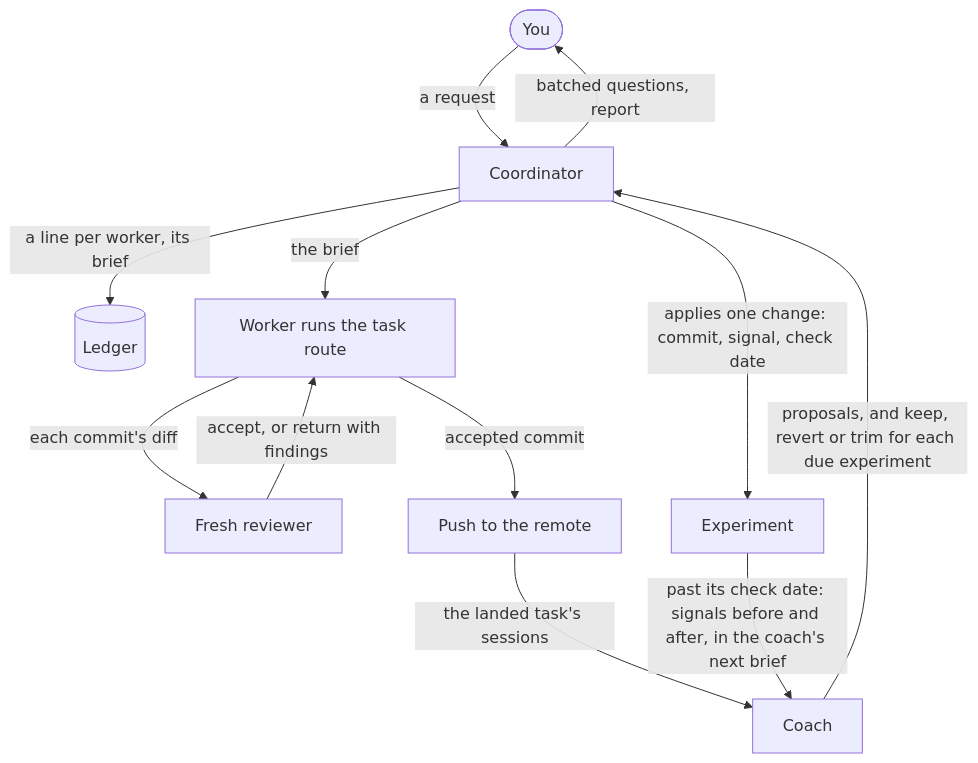
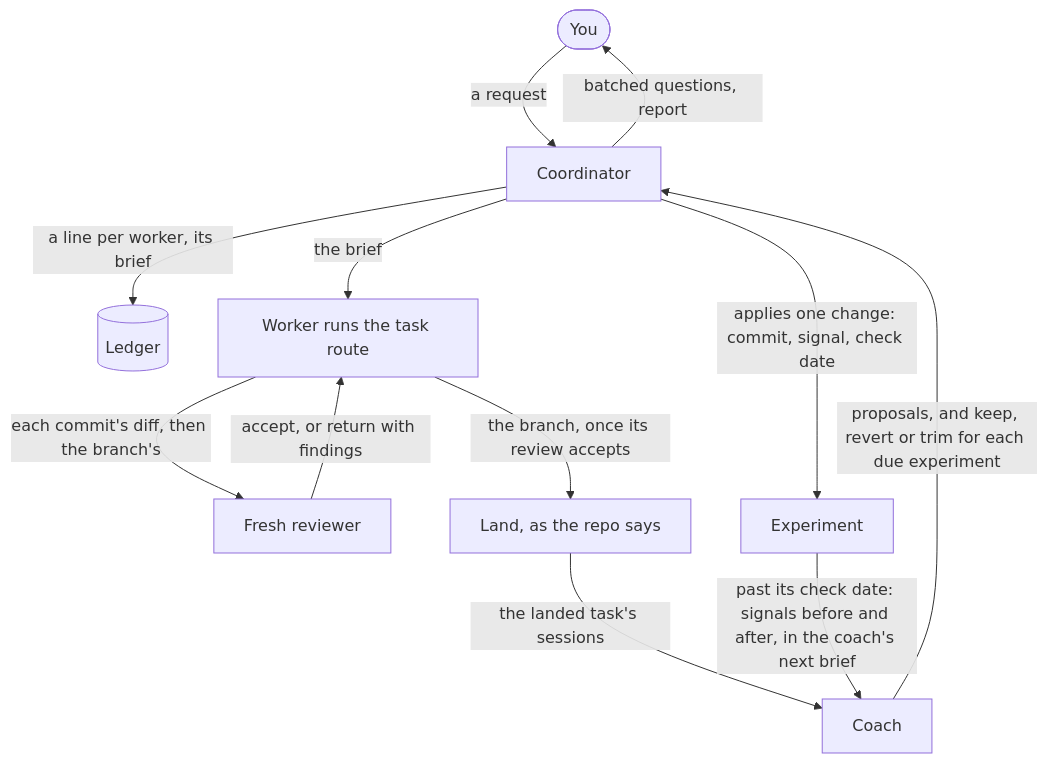
The second of 4 diagrams in docs/loops.md (cniska/agent-skills), drawn with Mermaid before and after one commit. The commit also changed other lines of this file and 8 other files, not shown here.

Commit message:
docs: land each task's branch whole

````diff
--- a/docs/loops.md
+++ b/docs/loops.md
@@ -38,14 +38,14 @@
 ```mermaid
 flowchart TD
   you(["You"]) -- "a request" --> lead["Coordinator"]
   lead -- "a line per worker, its brief" --> ledger[("Ledger")]
   lead -- "batched questions, report" --> you
   lead -- "the brief" --> worker["Worker runs the task route"]
-  worker -- "each commit's diff" --> reviewer["Fresh reviewer"]
+  worker -- "each commit's diff, then the branch's" --> reviewer["Fresh reviewer"]
   reviewer -- "accept, or return with findings" --> worker
-  worker -- "accepted commit" --> push["Push to the remote"]
-  push -- "the landed task's sessions" --> coach["Coach"]
+  worker -- "the branch, once its review accepts" --> land["Land, as the repo says"]
+  land -- "the landed task's sessions" --> coach["Coach"]
   coach -- "proposals, and keep, revert or trim for each due experiment" --> lead
   lead -- "applies one change: commit, signal, check date" --> exp["Experiment"]
   exp -- "past its check date: signals before and after, in the coach's next brief" --> coach
 ```
````
